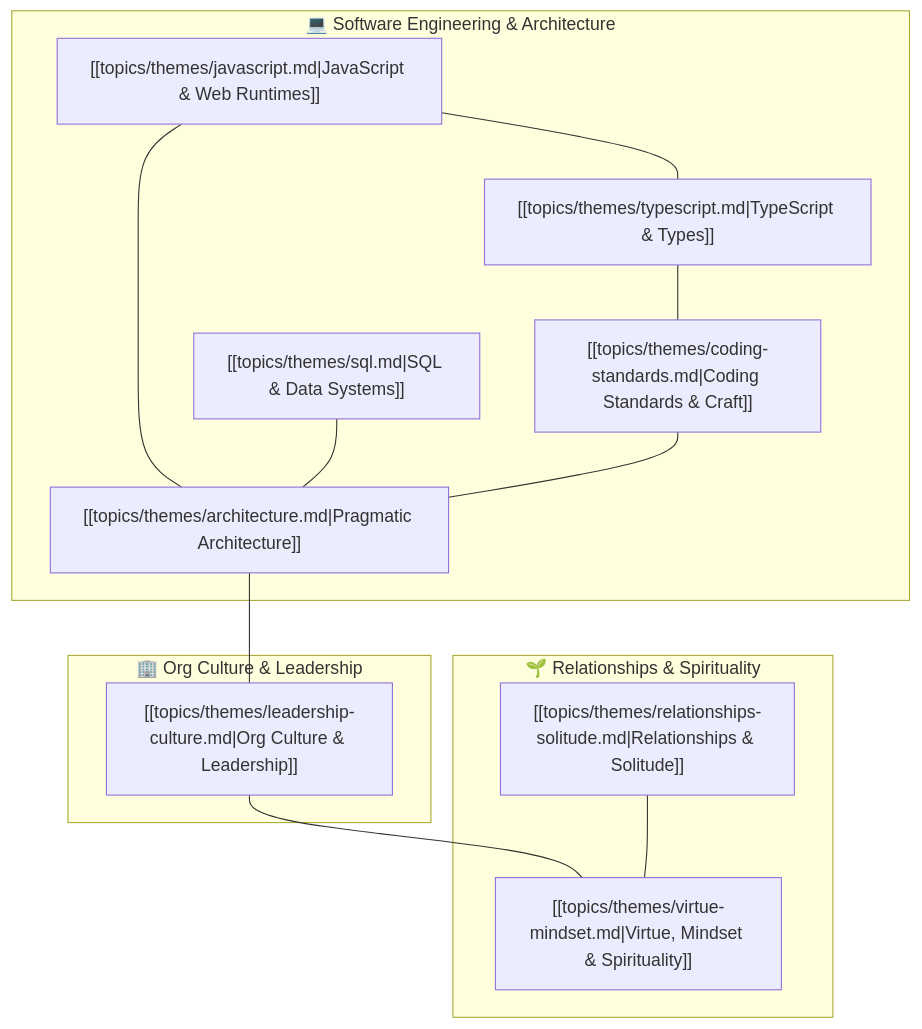
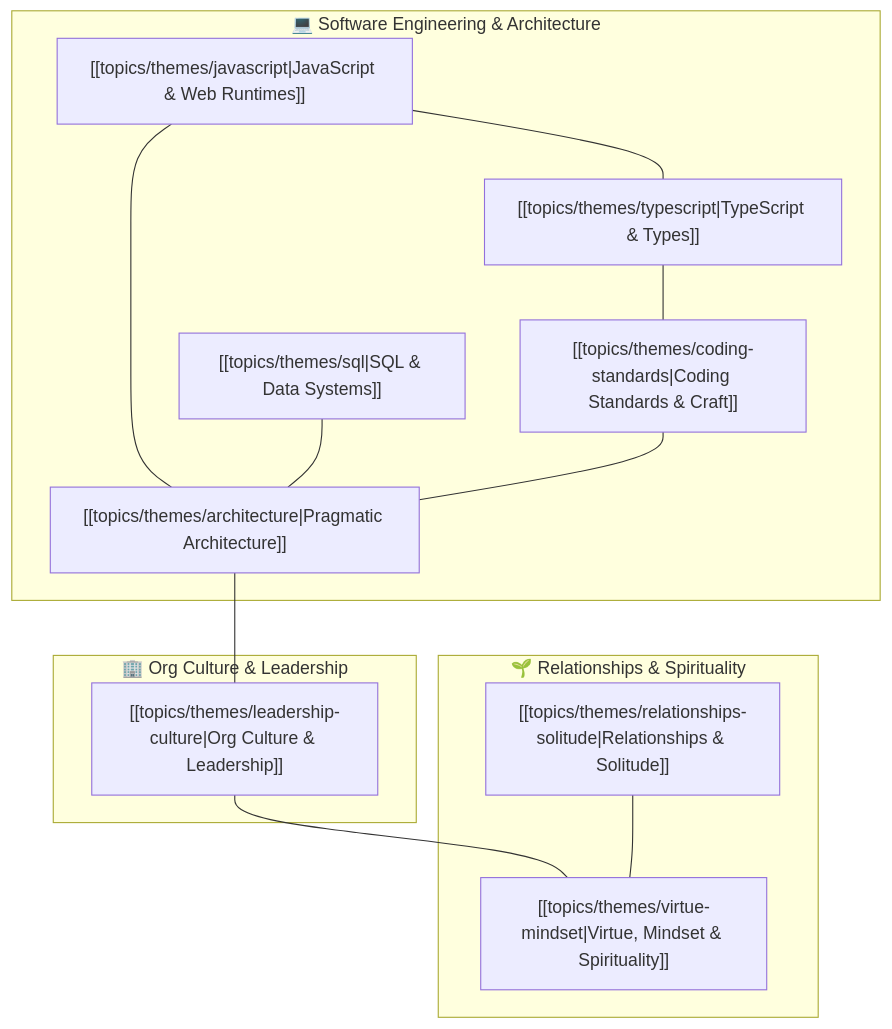
Before and after one commit to cstroliadavis/social-media-ideas: the diagram in topics/themes.md, drawn with Mermaid. The commit also changed other lines of this file and 25 other files, not shown here.

````diff
--- a/topics/themes.md
+++ b/topics/themes.md
@@ -9,29 +19,29 @@
 ```mermaid
 graph TB
     subgraph TECH["💻 Software Engineering & Architecture"]
-        JS["[[topics/themes/javascript.md|JavaScript & Web Runtimes]]"]
-        TS["[[topics/themes/typescript.md|TypeScript & Types]]"]
-        SQL["[[topics/themes/sql.md|SQL & Data Systems]]"]
-        STANDARDS["[[topics/themes/coding-standards.md|Coding Standards & Craft]]"]
-        ARCH["[[topics/themes/architecture.md|Pragmatic Architecture]]"]
+        JS["[[topics/themes/javascript|JavaScript & Web Runtimes]]"]
+        TS["[[topics/themes/typescript|TypeScript & Types]]"]
+        SQL["[[topics/themes/sql|SQL & Data Systems]]"]
+        STANDARDS["[[topics/themes/coding-standards|Coding Standards & Craft]]"]
+        ARCH["[[topics/themes/architecture|Pragmatic Architecture]]"]
     end
 
     subgraph LEAD["🏢 Org Culture & Leadership"]
-        CULTURE["[[topics/themes/leadership-culture.md|Org Culture & Leadership]]"]
+        CULTURE["[[topics/themes/leadership-culture|Org Culture & Leadership]]"]
     end
 
     subgraph LIFE["🌱 Relationships & Spirituality"]
-        REL["[[topics/themes/relationships-solitude.md|Relationships & Solitude]]"]
-        VIRTUE["[[topics/themes/virtue-mindset.md|Virtue, Mindset & Spirituality]]"]
+        REL["[[topics/themes/relationships-solitude|Relationships & Solitude]]"]
+        VIRTUE["[[topics/themes/virtue-mindset|Virtue, Mindset & Spirituality]]"]
     end
 
     %% Cross-Theme Connections
     JS --- TS
     TS --- STANDARDS
     JS --- ARCH
     SQL --- ARCH
     STANDARDS --- ARCH
     ARCH --- CULTURE
     CULTURE --- VIRTUE
     REL --- VIRTUE
 ```
````
